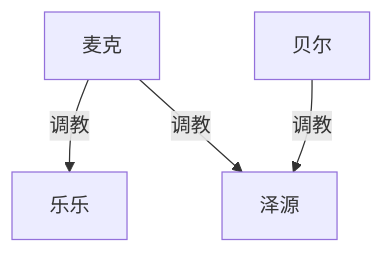
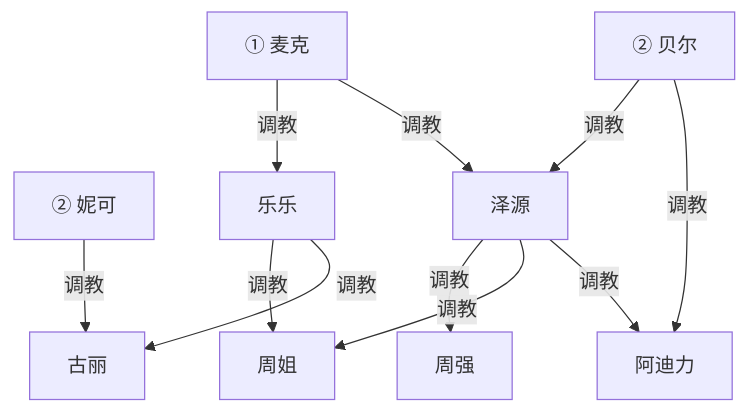
Before and after one commit to victor-w-ma/victor-w-ma.github.io: the first of 2 diagrams in _posts/ideas/black-daddy-mike-continuation-plan.md, drawn with Mermaid. The commit also changed other lines of this file, not shown here.

Commit message:
Update Black Daddy Mike continuation outline with school, tutoring, backstory, and family Option B arcs.

````diff
--- a/_posts/ideas/black-daddy-mike-continuation-plan.md
+++ b/_posts/ideas/black-daddy-mike-continuation-plan.md
@@ -21,11 +24,23 @@
 ```mermaid
 graph TD
-  mike["麦克"]
-  bear["贝尔"]
+  mike["① 麦克"]
+  bear["② 贝尔"]
+  nicole["② 妮可"]
   lele["乐乐"]
   sun["泽源"]
+  zhou_q["周强"]
+  zhou_j["周姐"]
+  adili["阿迪力"]
+  guli["古丽"]
 
   mike -->|调教| lele
   mike -->|调教| sun
   bear -->|调教| sun
+  bear -->|调教| adili
+  nicole -->|调教| guli
+  lele -->|调教| zhou_j
+  lele -->|调教| guli
+  sun -->|调教| zhou_q
+  sun -->|调教| zhou_j
+  sun -->|调教| adili
 ```
````
